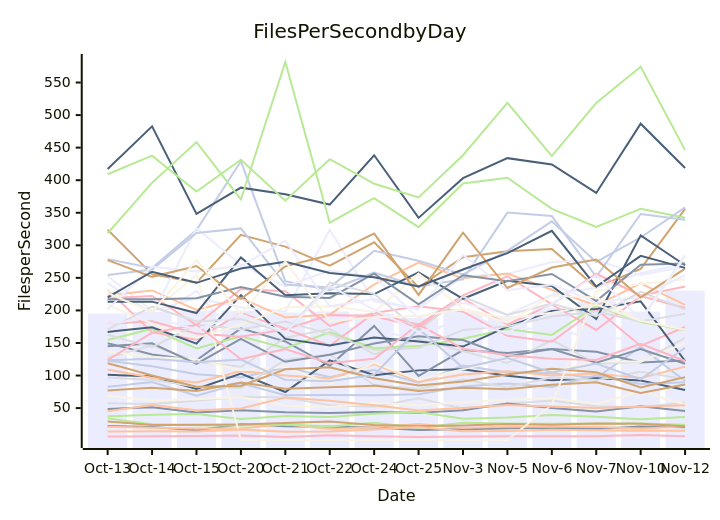
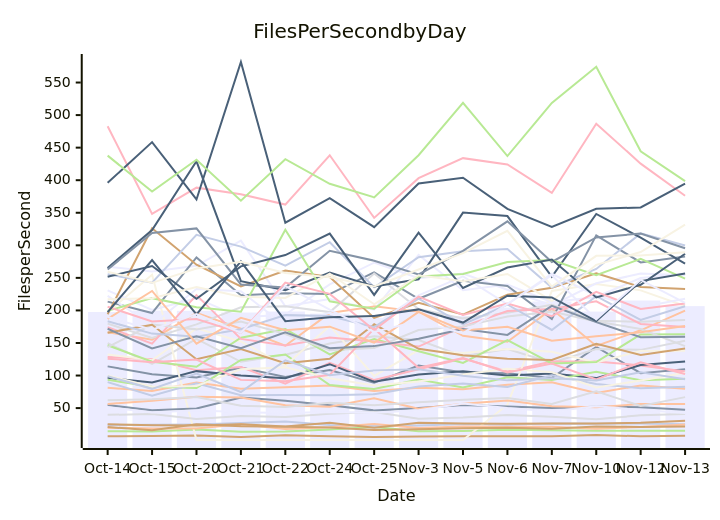
The diagram in perf-report.md (streetsidesoftware/cspell), drawn with Mermaid before and after one commit. The commit also changed other lines of this file and 2 other files, not shown here.

````diff
--- a/perf-report.md
+++ b/perf-report.md
@@ -11,57 +11,57 @@
 ```mermaid
 xychart-beta
     title Files Per Second by Day
     y-axis Files per Second
-    x-axis Date [Oct-13, Oct-14, Oct-15, Oct-20, Oct-21, Oct-22, Oct-24, Oct-25, Nov-3, Nov-5, Nov-6, Nov-7, Nov-10, Nov-12]
-    bar [195.24, 197.65, 199.65, 199.37, 196.79, 198.31, 195.08, 188.50, 197.53, 191.30, 204.37, 213.67, 198.26, 230.40]
-    line [22.38, 20.97, 16.04, 25.16, 22.03, 21.51, 20.05, 16.33, 17.58, 19.22, 19.85, 18.09, 21.66, 20.58]
-    line [21.24, 19.97, 18.63, 18.81, 25.32, 17.74, 20.58, 25.51, 19.46, 21.60, 21.45, 21.30, 18.35, 22.11]
-    line [57.38, 56.41, 61.33, 67.41, 66.13, 54.31, 52.03, 65.25, 49.02, 56.78, 61.66, 53.00, 51.36, 58.55]
-    line [34.21, 25.09, 23.71, 23.43, 25.33, 21.92, 27.33, 19.75, 27.62, 26.37, 26.13, 26.22, 26.38, 24.29]
-    line [29.42, 23.92, 24.25, 24.95, 26.96, 29.32, 24.14, 22.37, 23.30, 25.53, 24.38, 26.29, 26.08, 22.10]
-    line [122.73, 114.09, 102.09, 96.85, 112.31, 97.68, 108.35, 88.82, 115.43, 104.61, 103.62, 96.31, 144.08, 91.50]
-    line [6.32, 6.65, 7.26, 7.96, 5.55, 8.36, 6.66, 5.63, 6.55, 6.95, 6.80, 6.70, 8.74, 6.69]
-    line [101.02, 99.02, 79.59, 103.01, 74.73, 123.30, 100.60, 107.93, 109.66, 99.65, 92.58, 95.73, 92.52, 77.66]
-    line [68.80, 62.02, 63.75, 67.15, 53.54, 51.87, 58.31, 54.40, 59.05, 63.00, 65.34, 56.44, 75.90, 55.76]
-    line [185.75, 186.96, 229.89, 148.98, 188.53, 169.56, 175.04, 150.51, 197.71, 169.15, 174.81, 153.55, 160.37, 169.74]
-    line [149.67, 132.46, 123.48, 172.40, 152.34, 114.90, 176.25, 99.39, 139.03, 134.52, 140.79, 136.42, 120.17, 122.99]
-    line [109.42, 96.45, 89.22, 106.77, 99.95, 95.97, 117.43, 90.38, 101.68, 106.46, 99.98, 103.28, 96.07, 113.68]
-    line [127.29, 146.49, 121.12, 113.50, 158.05, 171.36, 132.38, 156.15, 137.28, 119.47, 154.44, 118.56, 120.82, 157.76]
-    line [154.55, 171.82, 141.67, 160.22, 141.81, 166.38, 141.94, 145.19, 156.42, 171.45, 162.38, 206.93, 182.01, 169.88]
-    line [323.97, 255.64, 242.67, 316.16, 297.94, 268.60, 304.78, 235.63, 281.78, 290.77, 294.19, 235.16, 263.73, 355.96]
-    line [82.77, 89.92, 69.05, 88.06, 69.61, 70.25, 69.88, 71.42, 83.10, 87.87, 82.40, 100.31, 86.94, 89.65]
-    line [231.71, 166.56, 155.07, 196.36, 171.90, 145.85, 195.93, 206.22, 198.17, 161.08, 151.81, 202.09, 145.44, 174.57]
-    line [167.04, 174.22, 149.10, 223.58, 156.27, 146.04, 158.31, 152.20, 144.51, 175.00, 199.16, 202.30, 213.91, 122.36]
-    line [137.32, 128.51, 125.12, 108.27, 113.06, 87.44, 119.66, 93.04, 109.58, 126.12, 106.10, 121.67, 121.71, 149.98]
-    line [252.51, 199.34, 218.85, 204.99, 197.92, 323.88, 213.93, 202.52, 252.23, 256.11, 274.23, 277.54, 254.29, 267.48]
-    line [48.66, 51.39, 43.09, 46.53, 43.54, 42.59, 43.99, 42.66, 46.86, 57.12, 50.26, 44.96, 52.89, 45.52]
-    line [223.08, 230.72, 200.81, 218.77, 189.13, 193.68, 239.98, 273.35, 249.43, 256.58, 231.73, 207.54, 241.66, 208.61]
-    line [96.82, 93.39, 82.69, 80.94, 123.93, 132.34, 85.53, 79.17, 93.87, 81.75, 97.21, 92.97, 105.80, 94.20]
-    line [37.33, 39.68, 40.77, 33.11, 37.81, 36.24, 41.43, 44.03, 33.69, 35.67, 39.33, 36.78, 32.79, 36.48]
-    line [77.12, 81.28, 76.22, 89.41, 79.60, 82.04, 84.51, 76.34, 81.22, 78.86, 85.82, 89.51, 73.32, 86.10]
-    line [278.79, 265.30, 323.42, 429.01, 245.01, 230.93, 258.25, 236.94, 247.84, 350.22, 344.89, 251.52, 348.16, 339.35]
-    line [179.39, 183.41, 164.40, 159.49, 171.10, 192.78, 191.37, 174.29, 217.96, 178.42, 209.10, 170.02, 221.91, 203.60]
-    line [417.07, 482.80, 348.28, 388.55, 378.31, 362.57, 438.35, 342.13, 403.12, 433.88, 424.28, 380.40, 486.76, 418.77]
-    line [231.31, 197.08, 254.89, 1.00, 1.00, 1.00, 1.00, 1.00, 1.00, 1.00, 55.24, 229.88, 240.51, 247.56]
-    line [242.35, 194.13, 326.19, 270.15, 236.87, 261.40, 251.33, 188.47, 211.71, 193.66, 223.97, 234.72, 257.12, 272.03]
-    line [144.83, 149.59, 117.74, 156.35, 121.08, 131.79, 149.18, 160.21, 154.52, 129.77, 140.65, 119.71, 140.68, 118.14]
-    line [45.21, 54.60, 46.67, 49.27, 66.25, 61.14, 54.40, 46.46, 50.11, 54.79, 52.56, 50.32, 52.20, 54.39]
-    line [162.65, 143.57, 178.30, 170.91, 182.97, 163.77, 138.75, 142.39, 169.82, 175.50, 190.52, 198.14, 183.09, 194.87]
-    line [318.53, 395.99, 458.46, 370.45, 581.53, 334.74, 372.46, 327.93, 394.96, 403.82, 355.89, 328.31, 356.02, 342.48]
-    line [118.90, 100.19, 82.72, 84.05, 109.59, 112.56, 95.92, 84.60, 91.01, 101.64, 110.52, 105.15, 81.62, 97.55]
-    line [254.42, 262.77, 318.79, 326.00, 239.93, 235.04, 291.68, 276.40, 255.29, 291.36, 336.81, 274.44, 312.01, 358.16]
-    line [218.41, 222.25, 177.43, 233.06, 229.37, 176.10, 196.37, 177.90, 223.12, 252.36, 209.33, 256.35, 222.55, 236.67]
-    line [213.28, 213.47, 195.94, 281.48, 223.48, 226.53, 225.12, 258.41, 217.89, 245.63, 237.62, 186.76, 315.24, 269.38]
-    line [208.47, 179.72, 157.56, 178.54, 204.92, 206.57, 197.43, 256.60, 202.25, 187.81, 196.52, 208.74, 184.16, 170.43]
-    line [201.79, 267.21, 259.65, 268.53, 307.28, 206.33, 217.49, 201.10, 285.18, 230.89, 239.86, 212.69, 220.64, 254.17]
-    line [217.24, 217.08, 218.73, 236.08, 220.88, 219.16, 256.62, 209.53, 254.06, 244.83, 256.05, 214.61, 270.08, 272.05]
-    line [13.89, 14.53, 14.11, 17.05, 13.85, 14.03, 17.10, 21.05, 14.31, 14.75, 16.57, 15.81, 15.06, 15.37]
-    line [170.79, 205.75, 183.07, 186.73, 165.39, 242.72, 225.43, 169.80, 221.29, 193.06, 210.68, 191.30, 228.42, 201.68]
-    line [409.07, 437.77, 382.49, 431.43, 368.45, 432.30, 394.44, 373.62, 438.31, 518.91, 437.11, 518.64, 574.29, 446.20]
-    line [277.26, 251.58, 268.24, 217.93, 267.67, 285.04, 317.95, 223.78, 319.42, 234.42, 265.85, 278.09, 219.92, 264.24]
-    line [123.43, 125.94, 120.60, 124.47, 93.34, 91.16, 101.08, 171.93, 111.86, 126.91, 104.86, 118.31, 94.15, 142.66]
-    line [123.87, 165.74, 177.89, 125.02, 140.68, 119.01, 125.81, 178.69, 141.07, 131.24, 125.88, 123.88, 148.80, 122.28]
-    line [219.99, 259.48, 242.38, 264.24, 274.64, 257.62, 251.09, 236.85, 262.94, 287.92, 322.31, 236.45, 283.86, 265.36]
-    line [226.50, 197.43, 277.21, 193.99, 275.35, 183.43, 189.64, 191.38, 201.59, 181.36, 222.61, 220.01, 183.65, 282.93]
-    line [178.95, 189.91, 170.29, 194.31, 165.66, 237.49, 201.27, 167.00, 183.56, 164.82, 210.07, 254.11, 186.18, 284.86]
+    x-axis Date [Oct-14, Oct-15, Oct-20, Oct-21, Oct-22, Oct-24, Oct-25, Nov-3, Nov-5, Nov-6, Nov-7, Nov-10, Nov-12, Nov-13]
+    bar [197.65, 199.65, 199.37, 196.79, 198.31, 195.08, 188.50, 197.53, 191.30, 204.37, 213.67, 198.26, 215.23, 206.57]
+    line [114.09, 102.09, 96.85, 112.31, 97.68, 108.35, 88.82, 115.43, 104.61, 103.62, 96.31, 144.08, 103.66, 109.84]
+    line [81.28, 76.22, 89.41, 79.60, 82.04, 84.51, 76.34, 81.22, 78.86, 85.82, 89.51, 73.32, 84.82, 79.57]
+    line [149.59, 117.74, 156.35, 121.08, 131.79, 149.18, 160.21, 154.52, 129.77, 140.65, 119.71, 140.68, 139.42, 153.27]
+    line [14.53, 14.11, 17.05, 13.85, 14.03, 17.10, 21.05, 14.31, 14.75, 16.57, 15.81, 15.06, 15.24, 15.19]
+    line [6.65, 7.26, 7.96, 5.55, 8.36, 6.66, 5.63, 6.55, 6.95, 6.80, 6.70, 8.74, 6.68, 7.41]
+    line [23.92, 24.25, 24.95, 26.96, 29.32, 24.14, 22.37, 23.30, 25.53, 24.38, 26.29, 26.08, 26.42, 25.26]
+    line [128.51, 125.12, 108.27, 113.06, 87.44, 119.66, 93.04, 109.58, 126.12, 106.10, 121.67, 121.71, 115.58, 106.11]
+    line [96.45, 89.22, 106.77, 99.95, 95.97, 117.43, 90.38, 101.68, 106.46, 99.98, 103.28, 96.07, 116.03, 121.59]
+    line [197.08, 254.89, 1.00, 1.00, 1.00, 1.00, 1.00, 1.00, 1.00, 55.24, 229.88, 240.51, 230.78, 206.83]
+    line [230.72, 200.81, 218.77, 189.13, 193.68, 239.98, 273.35, 249.43, 256.58, 231.73, 207.54, 241.66, 256.57, 254.15]
+    line [54.60, 46.67, 49.27, 66.25, 61.14, 54.40, 46.46, 50.11, 54.79, 52.56, 50.32, 52.20, 51.35, 47.61]
+    line [19.97, 18.63, 18.81, 25.32, 17.74, 20.58, 25.51, 19.46, 21.60, 21.45, 21.30, 18.35, 21.09, 24.99]
+    line [39.68, 40.77, 33.11, 37.81, 36.24, 41.43, 44.03, 33.69, 35.67, 39.33, 36.78, 32.79, 39.05, 41.11]
+    line [93.39, 82.69, 80.94, 123.93, 132.34, 85.53, 79.17, 93.87, 81.75, 97.21, 92.97, 105.80, 92.86, 95.12]
+    line [20.97, 16.04, 25.16, 22.03, 21.51, 20.05, 16.33, 17.58, 19.22, 19.85, 18.09, 21.66, 21.06, 21.87]
+    line [89.92, 69.05, 88.06, 69.61, 70.25, 69.88, 71.42, 83.10, 87.87, 82.40, 100.31, 86.94, 80.60, 82.71]
+    line [482.80, 348.28, 388.55, 378.31, 362.57, 438.35, 342.13, 403.12, 433.88, 424.28, 380.40, 486.76, 425.45, 376.16]
+    line [395.99, 458.46, 370.45, 581.53, 334.74, 372.46, 327.93, 394.96, 403.82, 355.89, 328.31, 356.02, 358.21, 394.90]
+    line [132.46, 123.48, 172.40, 152.34, 114.90, 176.25, 99.39, 139.03, 134.52, 140.79, 136.42, 120.17, 137.59, 137.92]
+    line [267.21, 259.65, 268.53, 307.28, 206.33, 217.49, 201.10, 285.18, 230.89, 239.86, 212.69, 220.64, 249.81, 256.24]
+    line [213.47, 195.94, 281.48, 223.48, 226.53, 225.12, 258.41, 217.89, 245.63, 237.62, 186.76, 315.24, 273.68, 282.96]
+    line [166.56, 155.07, 196.36, 171.90, 145.85, 195.93, 206.22, 198.17, 161.08, 151.81, 202.09, 145.44, 169.46, 199.80]
+    line [179.72, 157.56, 178.54, 204.92, 206.57, 197.43, 256.60, 202.25, 187.81, 196.52, 208.74, 184.16, 182.55, 185.23]
+    line [146.49, 121.12, 113.50, 158.05, 171.36, 132.38, 156.15, 137.28, 119.47, 154.44, 118.56, 120.82, 163.18, 163.36]
+    line [194.13, 326.19, 270.15, 236.87, 261.40, 251.33, 188.47, 211.71, 193.66, 223.97, 234.72, 257.12, 235.87, 233.02]
+    line [255.64, 242.67, 316.16, 297.94, 268.60, 304.78, 235.63, 281.78, 290.77, 294.19, 235.16, 263.73, 318.29, 299.77]
+    line [174.22, 149.10, 223.58, 156.27, 146.04, 158.31, 152.20, 144.51, 175.00, 199.16, 202.30, 213.91, 179.15, 174.60]
+    line [265.30, 323.42, 429.01, 245.01, 230.93, 258.25, 236.94, 247.84, 350.22, 344.89, 251.52, 348.16, 311.63, 271.92]
+    line [100.19, 82.72, 84.05, 109.59, 112.56, 95.92, 84.60, 91.01, 101.64, 110.52, 105.15, 81.62, 92.24, 104.21]
+    line [222.25, 177.43, 233.06, 229.37, 176.10, 196.37, 177.90, 223.12, 252.36, 209.33, 256.35, 222.55, 205.03, 217.77]
+    line [262.77, 318.79, 326.00, 239.93, 235.04, 291.68, 276.40, 255.29, 291.36, 336.81, 274.44, 312.01, 318.04, 295.44]
+    line [56.41, 61.33, 67.41, 66.13, 54.31, 52.03, 65.25, 49.02, 56.78, 61.66, 53.00, 51.36, 56.25, 56.39]
+    line [143.57, 178.30, 170.91, 182.97, 163.77, 138.75, 142.39, 169.82, 175.50, 190.52, 198.14, 183.09, 171.50, 145.14]
+    line [199.34, 218.85, 204.99, 197.92, 323.88, 213.93, 202.52, 252.23, 256.11, 274.23, 277.54, 254.29, 279.19, 248.94]
+    line [165.74, 177.89, 125.02, 140.68, 119.01, 125.81, 178.69, 141.07, 131.24, 125.88, 123.88, 148.80, 131.70, 141.50]
+    line [183.41, 164.40, 159.49, 171.10, 192.78, 191.37, 174.29, 217.96, 178.42, 209.10, 170.02, 221.91, 185.33, 206.33]
+    line [125.94, 120.60, 124.47, 93.34, 91.16, 101.08, 171.93, 111.86, 126.91, 104.86, 118.31, 94.15, 120.34, 102.25]
+    line [251.58, 268.24, 217.93, 267.67, 285.04, 317.95, 223.78, 319.42, 234.42, 265.85, 278.09, 219.92, 239.43, 287.10]
+    line [217.08, 218.73, 236.08, 220.88, 219.16, 256.62, 209.53, 254.06, 244.83, 256.05, 214.61, 270.08, 289.61, 331.82]
+    line [51.39, 43.09, 46.53, 43.54, 42.59, 43.99, 42.66, 46.86, 57.12, 50.26, 44.96, 52.89, 47.17, 42.36]
+    line [171.82, 141.67, 160.22, 141.81, 166.38, 141.94, 145.19, 156.42, 171.45, 162.38, 206.93, 182.01, 158.84, 159.61]
+    line [186.96, 229.89, 148.98, 188.53, 169.56, 175.04, 150.51, 197.71, 169.15, 174.81, 153.55, 160.37, 166.32, 176.11]
+    line [62.02, 63.75, 67.15, 53.54, 51.87, 58.31, 54.40, 59.05, 63.00, 65.34, 56.44, 75.90, 53.22, 66.83]
+    line [437.77, 382.49, 431.43, 368.45, 432.30, 394.44, 373.62, 438.31, 518.91, 437.11, 518.64, 574.29, 444.36, 398.51]
+    line [25.09, 23.71, 23.43, 25.33, 21.92, 27.33, 19.75, 27.62, 26.37, 26.13, 26.22, 26.38, 27.41, 30.70]
+    line [99.02, 79.59, 103.01, 74.73, 123.30, 100.60, 107.93, 109.66, 99.65, 92.58, 95.73, 92.52, 104.99, 94.33]
+    line [205.75, 183.07, 186.73, 165.39, 242.72, 225.43, 169.80, 221.29, 193.06, 210.68, 191.30, 228.42, 202.21, 210.75]
+    line [197.43, 277.21, 193.99, 275.35, 183.43, 189.64, 191.38, 201.59, 181.36, 222.61, 220.01, 183.65, 245.06, 256.79]
+    line [259.48, 242.38, 264.24, 274.64, 257.62, 251.09, 236.85, 262.94, 287.92, 322.31, 236.45, 283.86, 284.35, 289.18]
+    line [189.91, 170.29, 194.31, 165.66, 237.49, 201.27, 167.00, 183.56, 164.82, 210.07, 254.11, 186.18, 246.80, 211.56]
 ```
````
